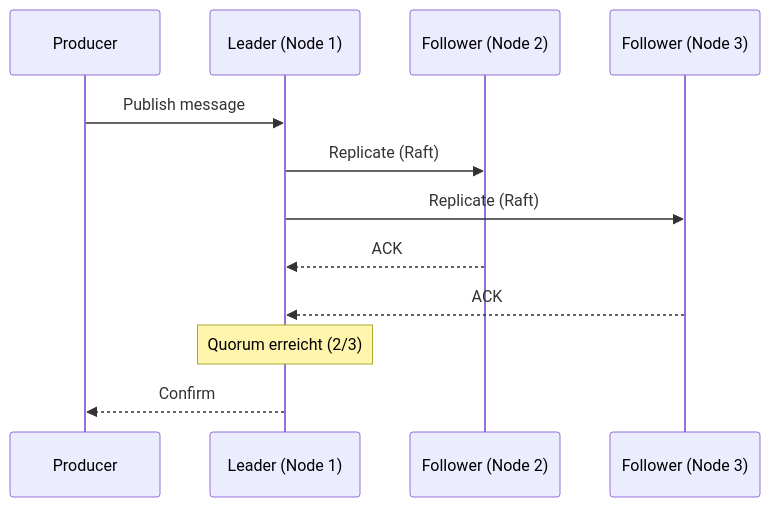
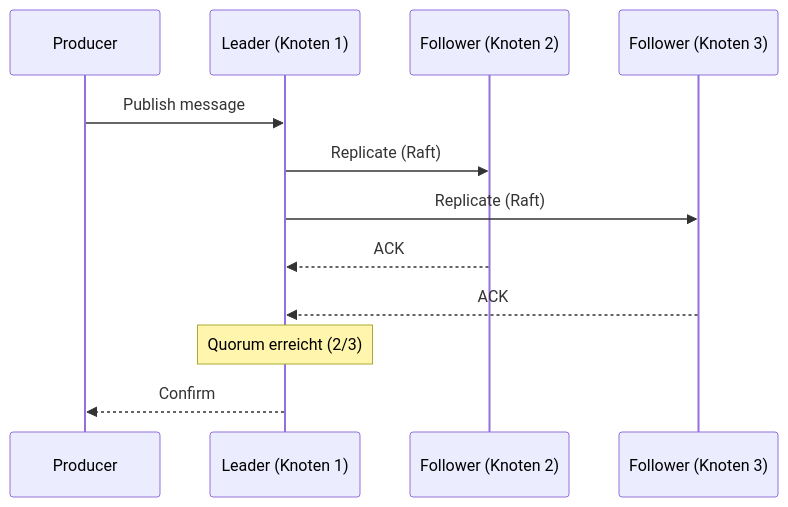
The third of 3 diagrams in i18n/de/docusaurus-plugin-content-docs/current/services/messaging/rabbitmq/concepts.md (HidoraSwiss/hikube-public-doc), drawn with Mermaid before and after one commit. The commit also changed other lines of this file and 148 other files, not shown here.

````diff
--- a/i18n/de/docusaurus-plugin-content-docs/current/services/messaging/rabbitmq/concepts.md
+++ b/i18n/de/docusaurus-plugin-content-docs/current/services/messaging/rabbitmq/concepts.md
@@ -117,15 +127,15 @@
 ```mermaid
 sequenceDiagram
     participant P as Producer
-    participant L as Leader (Node 1)
-    participant F1 as Follower (Node 2)
-    participant F2 as Follower (Node 3)
+    participant L as Leader (Knoten 1)
+    participant F1 as Follower (Knoten 2)
+    participant F2 as Follower (Knoten 3)
 
     P->>L: Publish message
     L->>F1: Replicate (Raft)
     L->>F2: Replicate (Raft)
     F1-->>L: ACK
     F2-->>L: ACK
     Note over L: Quorum erreicht (2/3)
     L-->>P: Confirm
 ```
````
